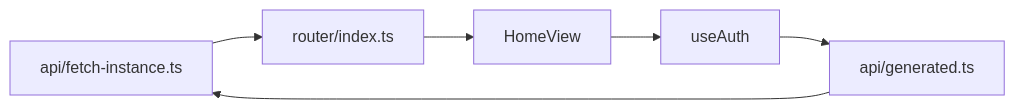
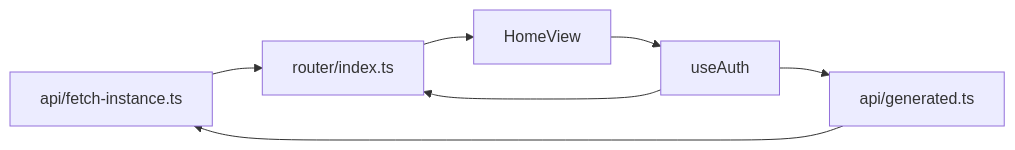
Before and after one commit to brieuc/dailyvue: diagram 16 of 16 in docs/dependances.md, drawn with Mermaid. The commit also changed other lines of this file and 30 other files, not shown here.

````diff
--- a/docs/dependances.md
+++ b/docs/dependances.md
@@ -436,8 +439,9 @@
   ```mermaid
   flowchart LR
       fetch["api/fetch-instance.ts"] --> router["router/index.ts"]
       router --> home["HomeView"]
       home --> auth["useAuth"]
+      auth --> router
       auth --> generated["api/generated.ts"]
       generated --> fetch
   ```
````
